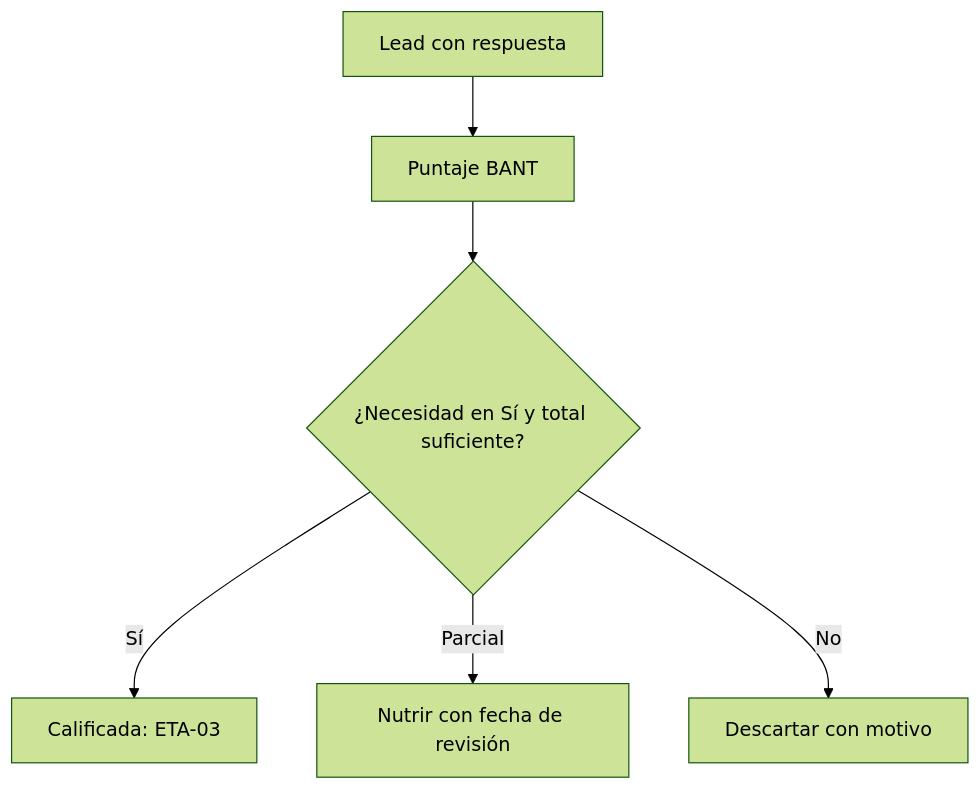
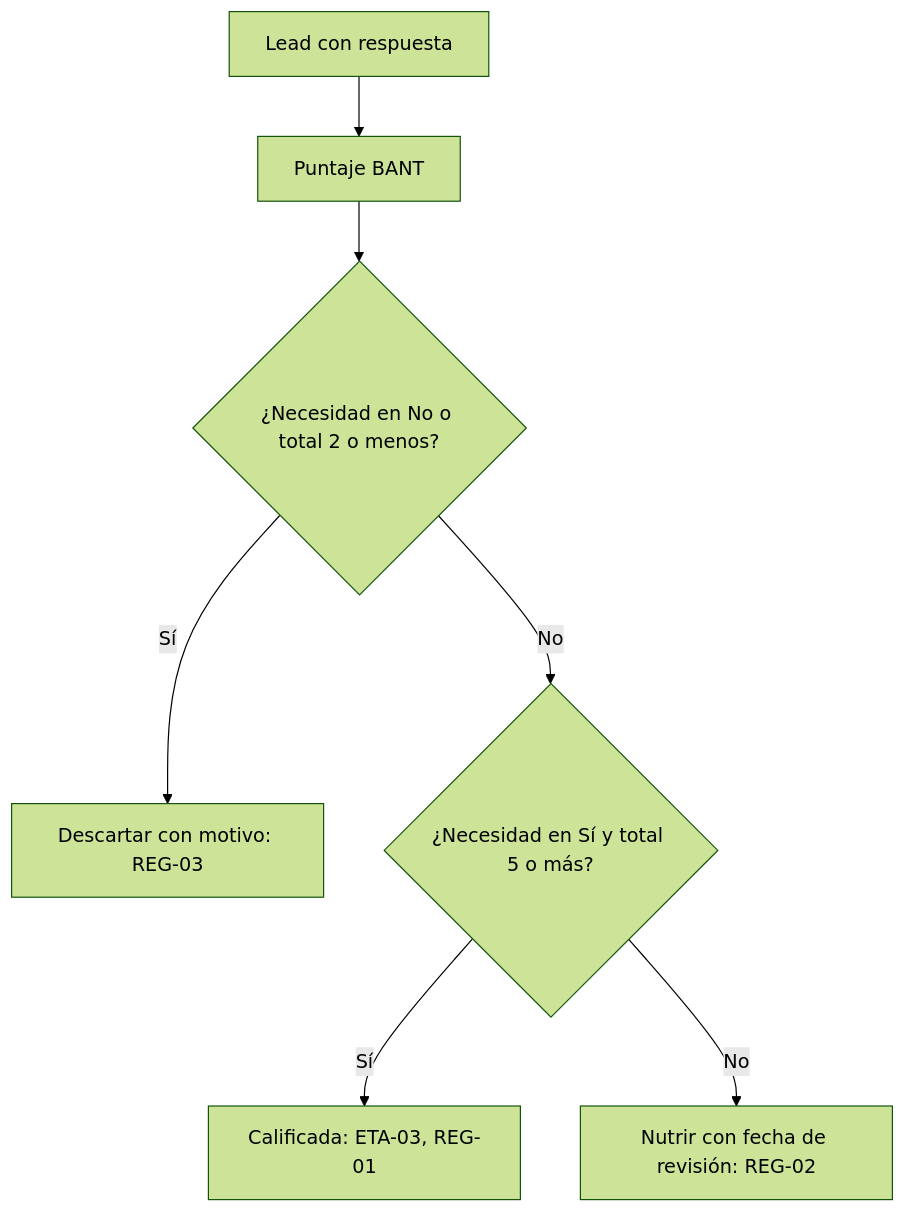
One commit to DistilledInnovation/ai-plugin changed the diagram in plugins/aceleracion-comercial/skills/proceso-de-ventas-y-pipeline/assets/reglas-de-calificacion.md. Above: the diagram before and after it, drawn with Mermaid (forest theme). The commit also changed other lines of this file and 10 other files, not shown here.

````diff
--- a/plugins/aceleracion-comercial/skills/proceso-de-ventas-y-pipeline/assets/reglas-de-calificacion.md
+++ b/plugins/aceleracion-comercial/skills/proceso-de-ventas-y-pipeline/assets/reglas-de-calificacion.md
@@ -42,8 +44,9 @@
 ```mermaid
 flowchart TD
   A[Lead con respuesta] --> B[Puntaje BANT]
-  B --> C{¿Necesidad en Sí y total suficiente?}
-  C -- Sí --> D[Calificada: ETA-03]
-  C -- Parcial --> E[Nutrir con fecha de revisión]
-  C -- No --> F[Descartar con motivo]
+  B --> C{¿Necesidad en No o total 2 o menos?}
+  C -- Sí --> F[Descartar con motivo: REG-03]
+  C -- No --> G{¿Necesidad en Sí y total 5 o más?}
+  G -- Sí --> D[Calificada: ETA-03, REG-01]
+  G -- No --> E[Nutrir con fecha de revisión: REG-02]
 ```
````
